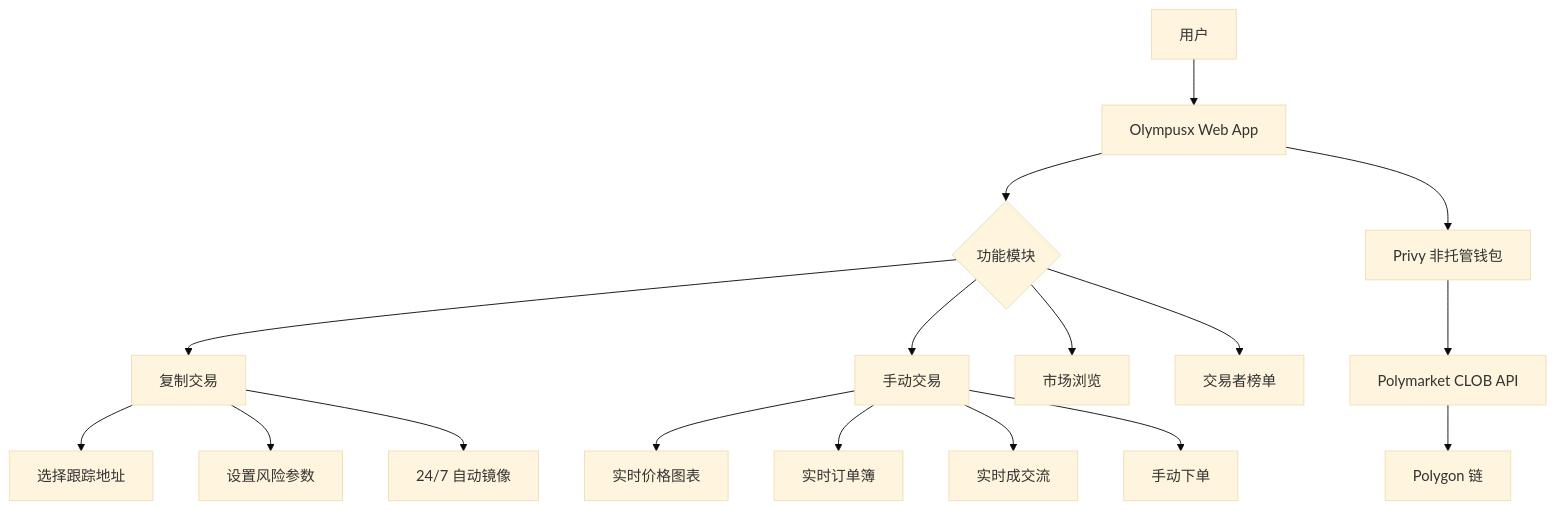
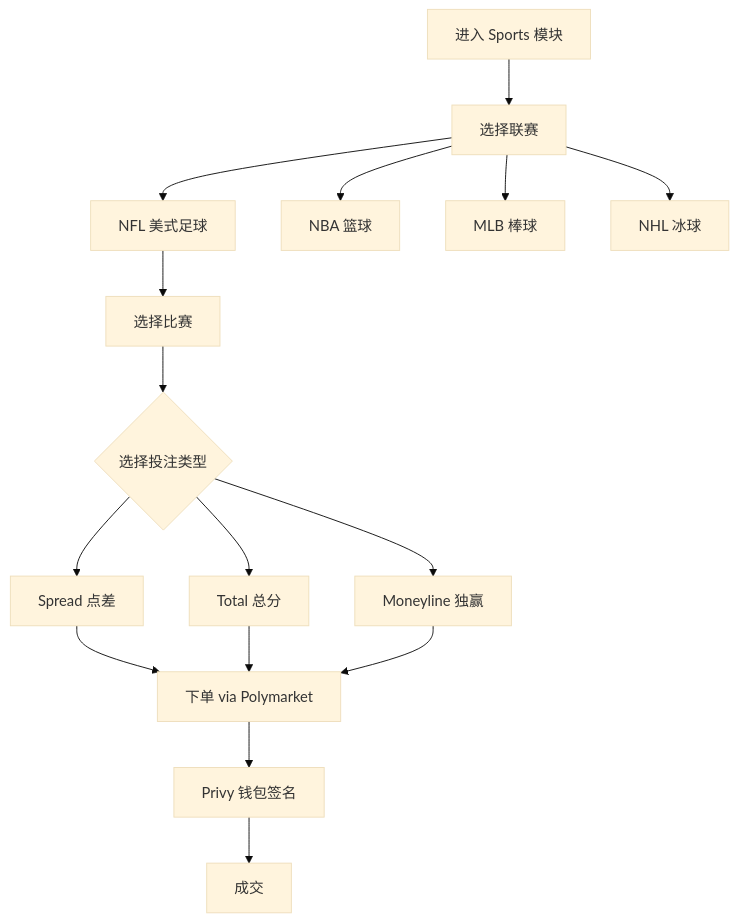
Before and after one commit to survivorff/polymarket_research: the third of 6 diagrams in research/12_olympusx/analysis.md, drawn with Mermaid (base theme). The commit also changed other lines of this file and 10 other files, not shown here.

First line of the commit message:
深度补充11个平台分析报告：实测数据、完整UX路径、Mermaid流程图

````diff
--- a/research/12_olympusx/analysis.md
+++ b/research/12_olympusx/analysis.md
@@ -34,23 +96,18 @@
 ```mermaid
-graph TD
-    A[用户] --> B[Olympusx Web App]
-    B --> C{功能模块}
-    
-    C --> D[复制交易]
-    C --> E[手动交易]
-    C --> F[市场浏览]
-    C --> G[交易者榜单]
-    
-    D --> D1[选择跟踪地址]
-    D --> D2[设置风险参数]
-    D --> D3[24/7 自动镜像]
-    
-    E --> E1[实时价格图表]
-    E --> E2[实时订单簿]
-    E --> E3[实时成交流]
-    E --> E4[手动下单]
-    
-    B --> H[Privy 非托管钱包]
-    H --> I[Polymarket CLOB API]
-    I --> J[Polygon 链]
+flowchart TD
+    A[进入 Sports 模块] --> B[选择联赛]
+    B --> B1[NFL 美式足球]
+    B --> B2[NBA 篮球]
+    B --> B3[MLB 棒球]
+    B --> B4[NHL 冰球]
+    B1 --> C[选择比赛]
+    C --> D{选择投注类型}
+    D --> D1[Spread 点差]
+    D --> D2[Total 总分]
+    D --> D3[Moneyline 独赢]
+    D1 --> E[下单 via Polymarket]
+    D2 --> E
+    D3 --> E
+    E --> F[Privy 钱包签名]
+    F --> G[成交]
 ```
````
